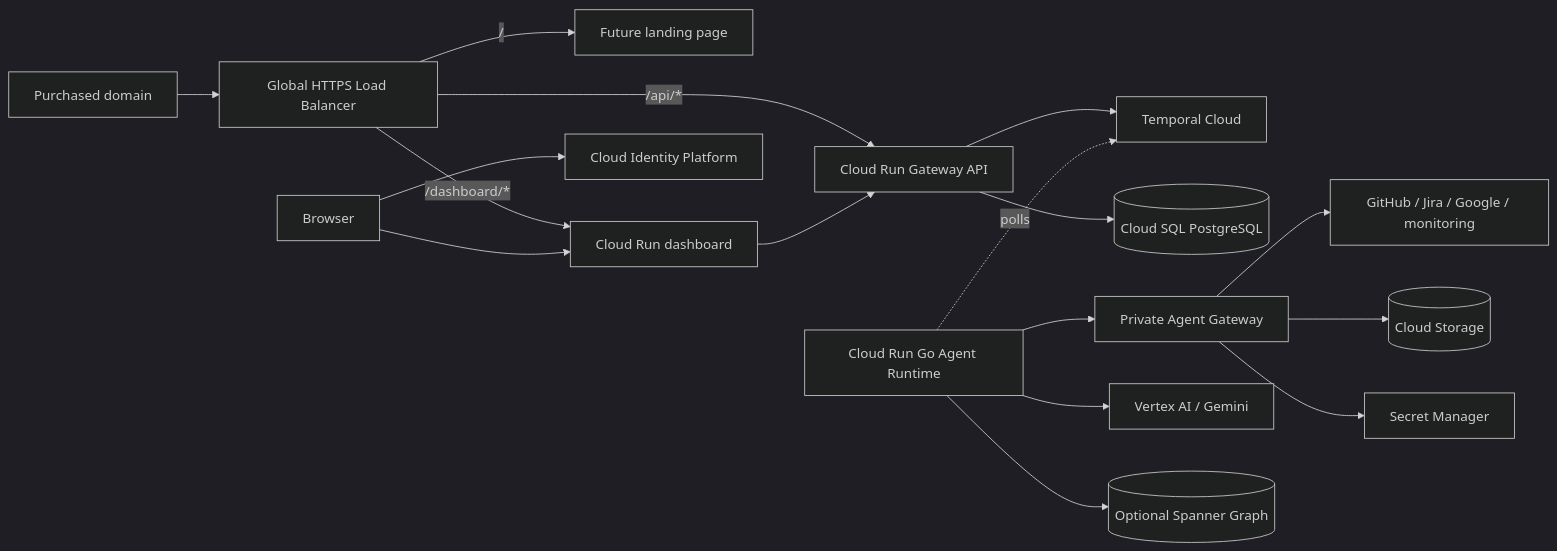
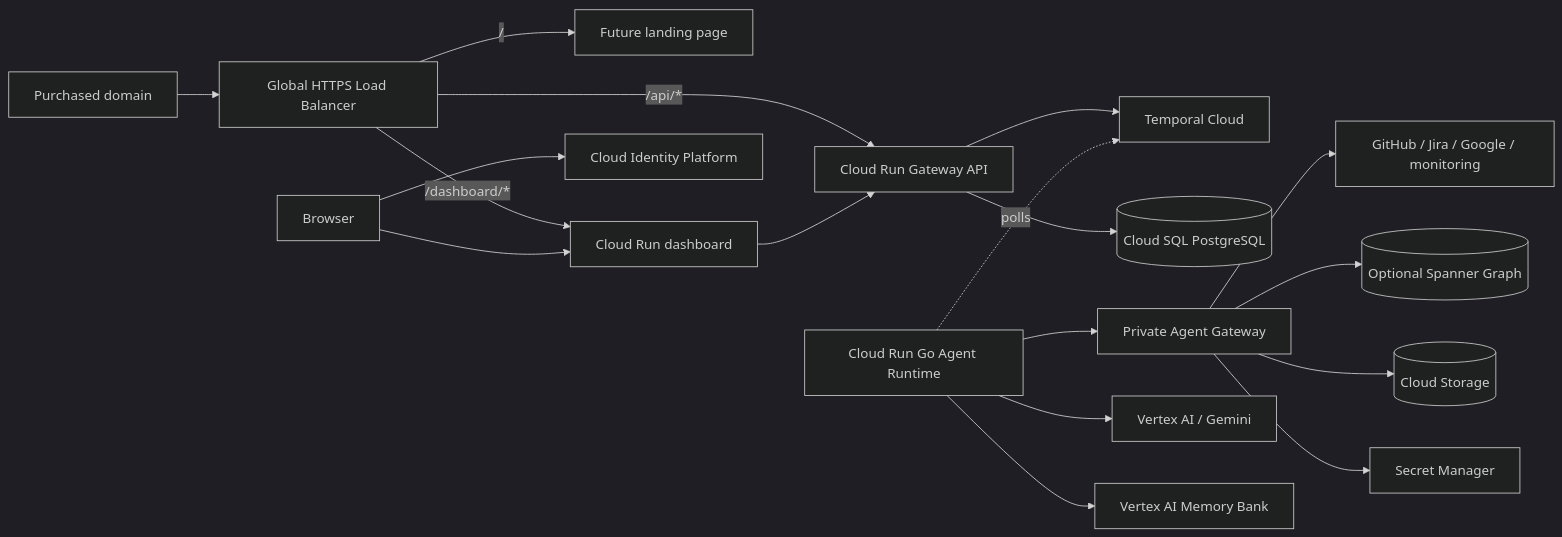
Before and after one commit to andriishupta/encois: the diagram in docs/infra.md, drawn with Mermaid (dark theme). The commit also changed other lines of this file and 73 other files, not shown here.

````diff
--- a/docs/infra.md
+++ b/docs/infra.md
@@ -30,21 +30,22 @@
 ```mermaid
 flowchart LR
     DNS[Purchased domain] --> LB[Global HTTPS Load Balancer]
     LB -->|/| Web[Future landing page]
     LB -->|/dashboard/*| Dashboard[Cloud Run dashboard]
     LB -->|/api/*| API[Cloud Run Gateway API]
 
     User[Browser] --> Identity[Cloud Identity Platform]
     User --> Dashboard
     Dashboard --> API
 
     API --> Temporal[Temporal Cloud]
     API --> SQL[(Cloud SQL PostgreSQL)]
     Runtime[Cloud Run Go Agent Runtime] -. polls .-> Temporal
     Runtime --> Gateway[Private Agent Gateway]
     Gateway --> Providers[GitHub / Jira / Google / monitoring]
     Runtime --> Gemini[Vertex AI / Gemini]
-    Runtime --> Graph[(Optional Spanner Graph)]
+    Runtime --> Memory[Vertex AI Memory Bank]
+    Gateway --> Graph[(Optional Spanner Graph)]
     Gateway --> Objects[(Cloud Storage)]
     Gateway --> Secrets[Secret Manager]
 ```
````
